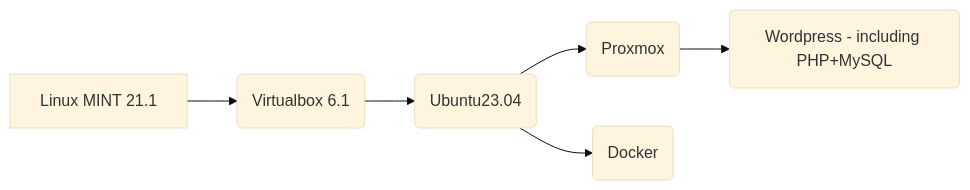
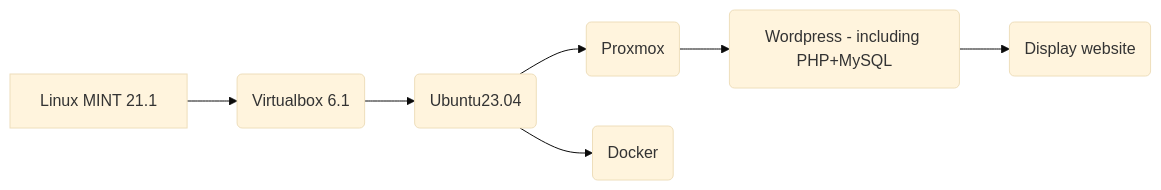
Before and after one commit to DanyAAD90/DevOps_junior_Wordpress: the diagram in Project.md, drawn with Mermaid (base theme).

````diff
--- a/Project.md
+++ b/Project.md
@@ -3,8 +3,9 @@
 ```mermaid
 graph LR
 A[Linux MINT 21.1] --> B(Virtualbox 6.1)
 B --> C(Ubuntu23.04)
 C --> D(Proxmox)
 D --> E(Wordpress - including PHP+MySQL)
+E --> G(Display website)
 C --> F(Docker)
 ```
````
